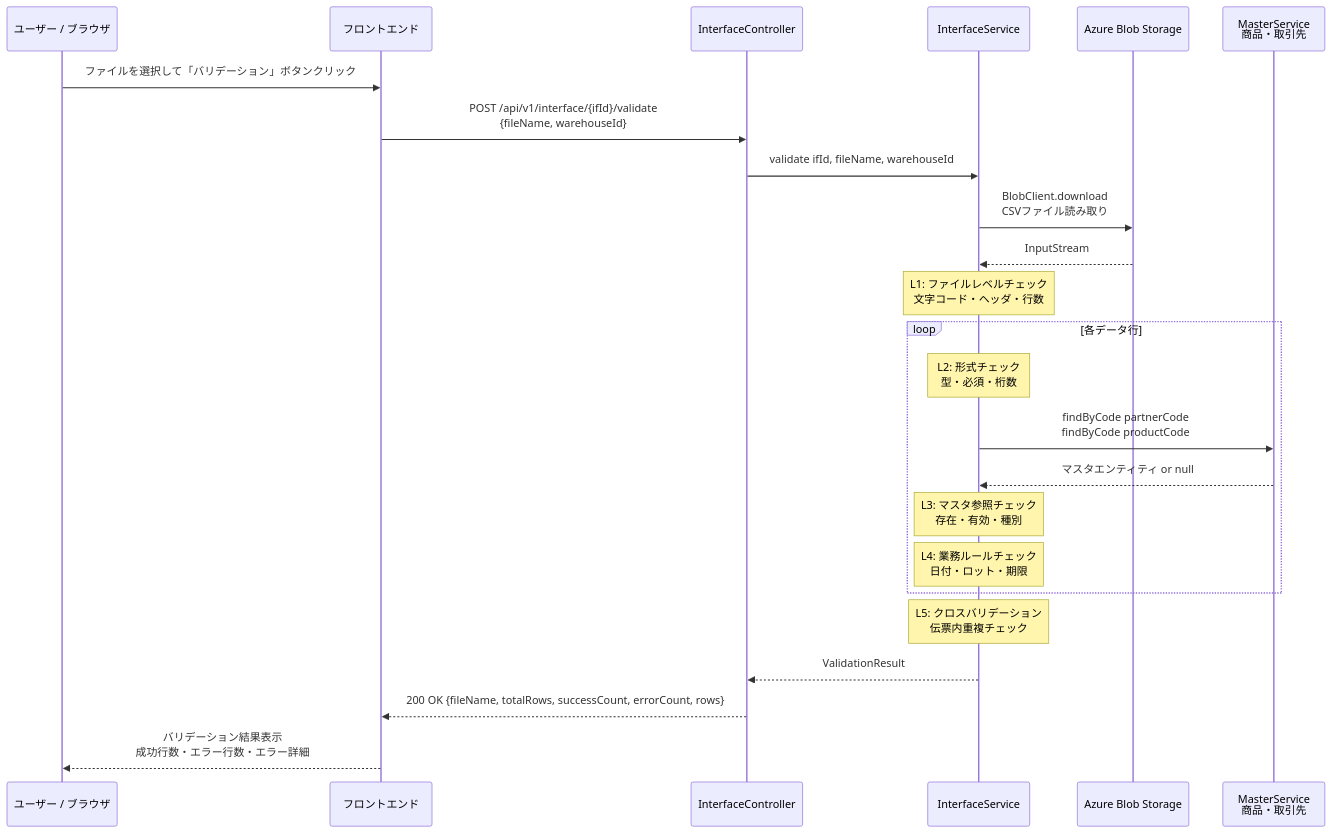
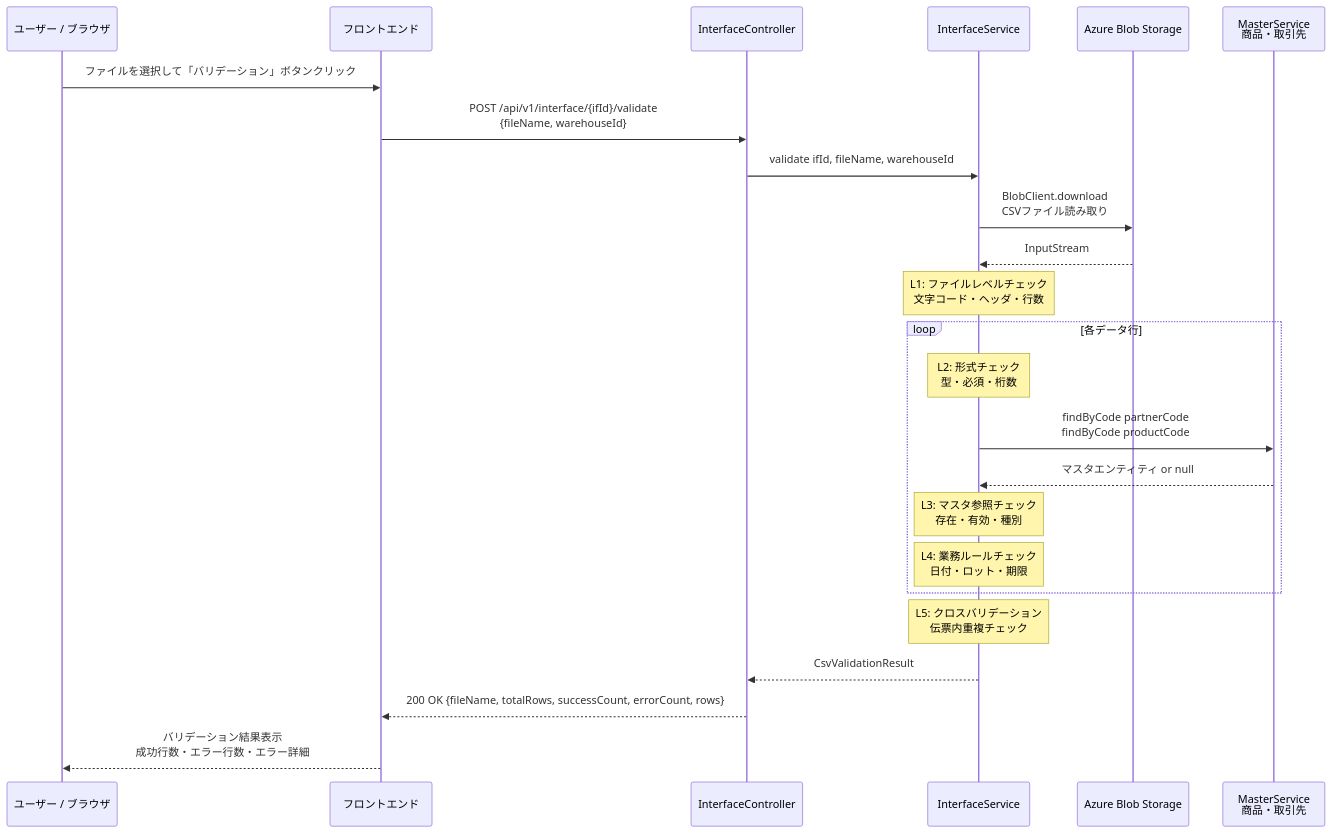
The third of 6 diagrams in docs/architecture-design/09-interface-architecture.md (hidefumiagata/wms), drawn with Mermaid before and after one commit. The commit also changed other lines of this file and 13 other files, not shown here.

````diff
--- a/docs/architecture-design/09-interface-architecture.md
+++ b/docs/architecture-design/09-interface-architecture.md
@@ -414,31 +414,31 @@
 ```mermaid
 sequenceDiagram
     participant U as ユーザー / ブラウザ
     participant F as フロントエンド
     participant B as InterfaceController
     participant S as InterfaceService
     participant BS as Azure Blob Storage
     participant MS as MasterService<br/>商品・取引先
 
     U->>F: ファイルを選択して「バリデーション」ボタンクリック
     F->>B: POST /api/v1/interface/{ifId}/validate<br/>{fileName, warehouseId}
     B->>S: validate ifId, fileName, warehouseId
     S->>BS: BlobClient.download<br/>CSVファイル読み取り
     BS-->>S: InputStream
 
     Note over S: L1: ファイルレベルチェック<br/>文字コード・ヘッダ・行数
 
     loop 各データ行
         Note over S: L2: 形式チェック<br/>型・必須・桁数
         S->>MS: findByCode partnerCode<br/>findByCode productCode
         MS-->>S: マスタエンティティ or null
         Note over S: L3: マスタ参照チェック<br/>存在・有効・種別
         Note over S: L4: 業務ルールチェック<br/>日付・ロット・期限
     end
 
     Note over S: L5: クロスバリデーション<br/>伝票内重複チェック
 
-    S-->>B: ValidationResult
+    S-->>B: CsvValidationResult
     B-->>F: 200 OK {fileName, totalRows, successCount, errorCount, rows}
     F-->>U: バリデーション結果表示<br/>成功行数・エラー行数・エラー詳細
 ```
````
